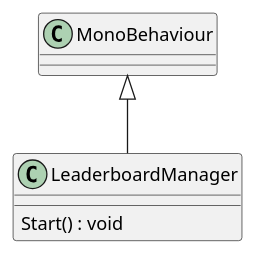
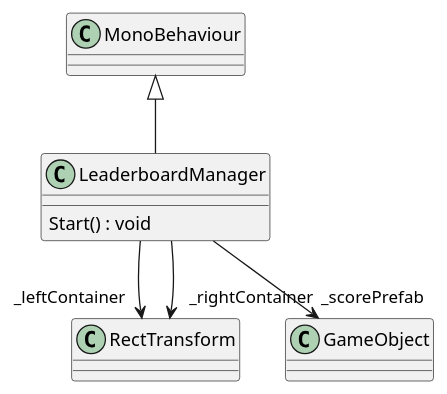
Before and after one commit to David-Denny/COMP3013-Team7: the diagram in UML/Leaderboard/LeaderboardManager.puml, drawn with PlantUML. The commit also changed 49 other files, not shown here.

Commit message:
Generate UML (Generate UML)

```diff
--- a/UML/Leaderboard/LeaderboardManager.puml
+++ b/UML/Leaderboard/LeaderboardManager.puml
@@ -1,6 +1,9 @@
 @startuml
 class LeaderboardManager {
     Start() : void
 }
 MonoBehaviour <|-- LeaderboardManager
+LeaderboardManager --> "_leftContainer" RectTransform
+LeaderboardManager --> "_rightContainer" RectTransform
+LeaderboardManager --> "_scorePrefab" GameObject
 @enduml
```
